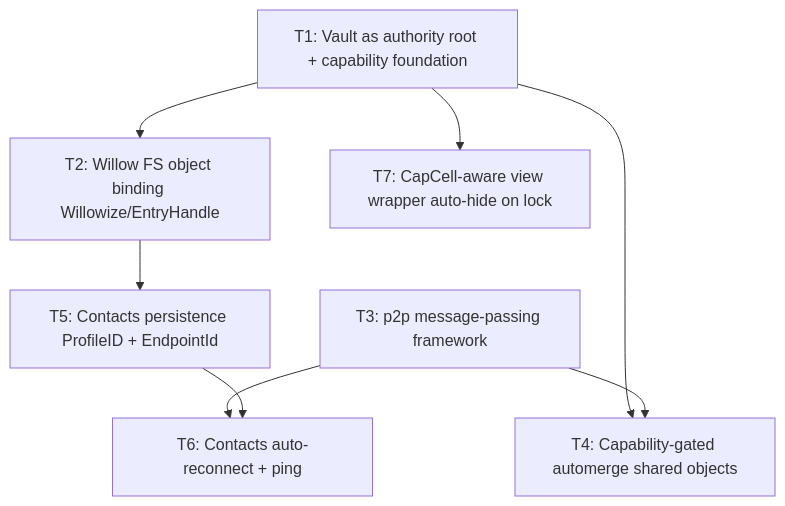
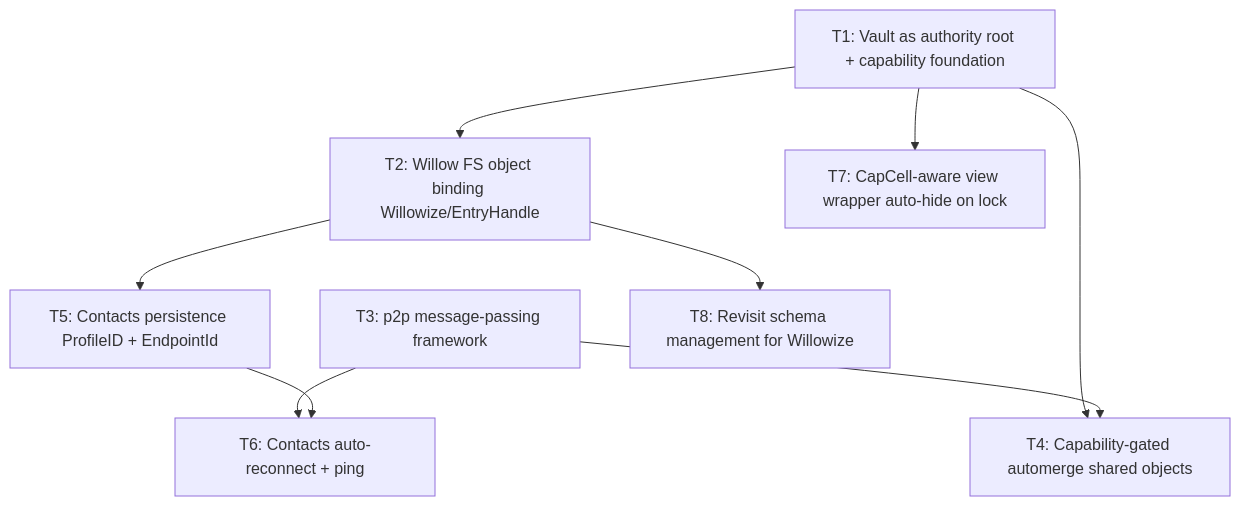
The diagram in docs/ai/tickets/INDEX.md (nicholastmosher/galvanized), drawn with Mermaid before and after one commit. The commit also changed other lines of this file and 2 other files, not shown here.

````diff
--- a/docs/ai/tickets/INDEX.md
+++ b/docs/ai/tickets/INDEX.md
@@ -13,18 +13,20 @@
 ```mermaid
 graph TD
     T1[T1: Vault as authority root + capability foundation]
     T2[T2: Willow FS object binding Willowize/EntryHandle]
     T3[T3: p2p message-passing framework]
     T4[T4: Capability-gated automerge shared objects]
     T5[T5: Contacts persistence ProfileID + EndpointId]
     T6[T6: Contacts auto-reconnect + ping]
     T7[T7: CapCell-aware view wrapper auto-hide on lock]
+    T8[T8: Revisit schema management for Willowize]
 
     T1 --> T2
     T1 --> T4
     T1 --> T7
     T2 --> T5
+    T2 --> T8
     T3 --> T4
     T3 --> T6
     T5 --> T6
 ```
````
